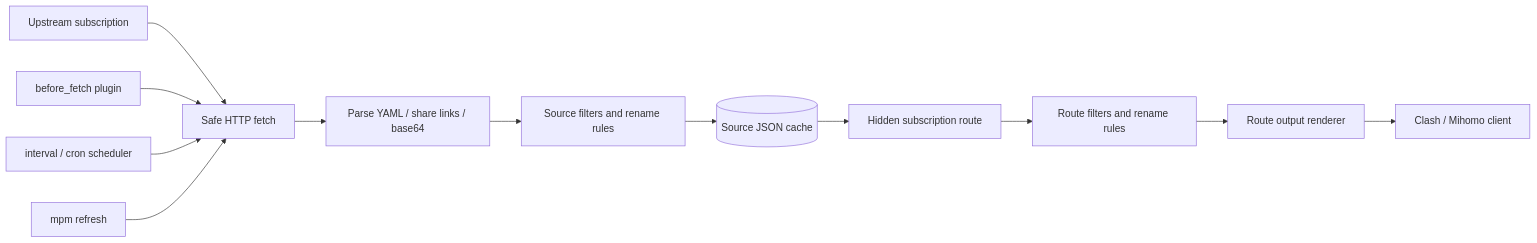
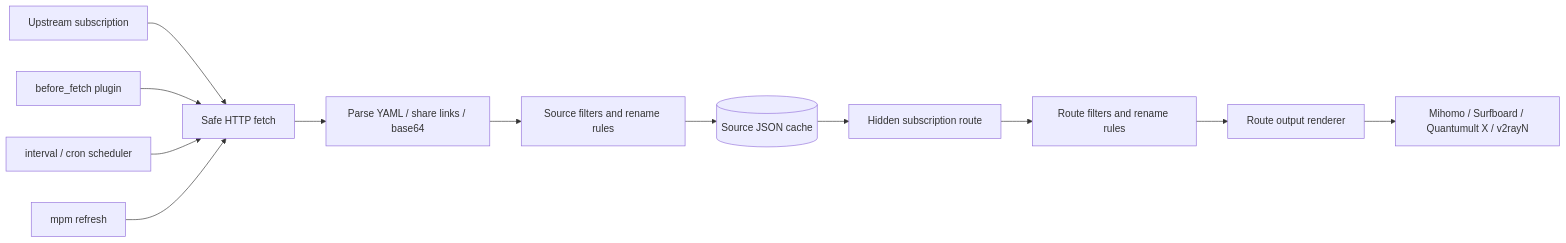
The diagram in README_EN.md (nerdneilsfield/mihomo-proxy-manager), drawn with Mermaid before and after one commit. The commit also changed other lines of this file and 1 other file, not shown here.

````diff
--- a/README_EN.md
+++ b/README_EN.md
@@ -503,15 +588,15 @@
 ```mermaid
 flowchart LR
   upstream[Upstream subscription] --> fetcher[Safe HTTP fetch]
   plugin[before_fetch plugin] --> fetcher
   scheduler[interval / cron scheduler] --> fetcher
   cli[mpm refresh] --> fetcher
 
   fetcher --> parser[Parse YAML / share links / base64]
   parser --> sourceTransform[Source filters and rename rules]
   sourceTransform --> cache[(Source JSON cache)]
   cache --> route[Hidden subscription route]
   route --> routeTransform[Route filters and rename rules]
   routeTransform --> renderer[Route output renderer]
-  renderer --> client[Clash / Mihomo client]
+  renderer --> client[Mihomo / Surfboard / Quantumult X / v2rayN]
 ```
````
